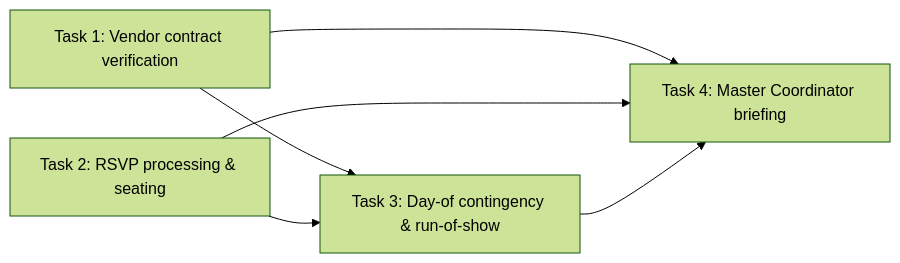
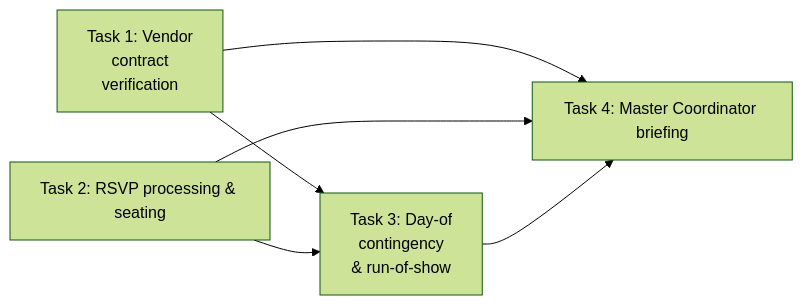
Before and after one commit to krishnamurali88/wedding-planner: the first of 2 diagrams in README.md, drawn with Mermaid (forest theme). The commit also changed 1 other file, not shown here.

Commit message:
update readme and prompt

````diff
--- a/README.md
+++ b/README.md
@@ -18,8 +18,12 @@
 ```mermaid
 flowchart LR
-    A[Task 1: Vendor contract verification] --> C[Task 3: Day-of contingency & run-of-show]
+    A[Task 1: Vendor
+     contract
+     verification] --> C[Task 3: Day-of 
+     contingency 
+     & run-of-show]
     B[Task 2: RSVP processing & seating] --> C
     A --> D[Task 4: Master Coordinator briefing]
     B --> D
     C --> D
 ```
````
